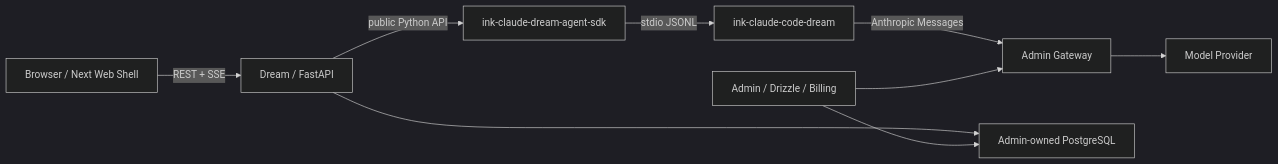
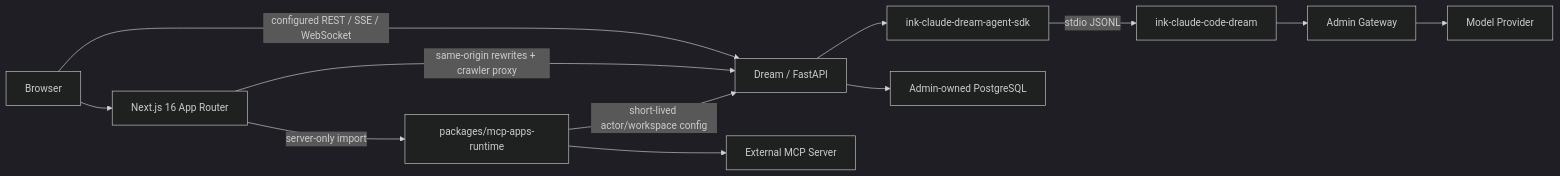
Before and after one commit to glide-the/im-dream: the diagram in README.md, drawn with Mermaid (dark theme). The commit also changed other lines of this file and 106 other files, not shown here.

Commit message:
docs: align Dream architecture with Next workspace

````diff
--- a/README.md
+++ b/README.md
@@ -58,11 +48,14 @@
 ```mermaid
 flowchart LR
-    Browser["Browser / Next Web Shell"] -->|"REST + SSE"| Dream["Dream / FastAPI"]
-    Dream -->|"public Python API"| SDK["ink-claude-dream-agent-sdk"]
+    Browser["Browser"] --> Next["Next.js 16 App Router"]
+    Browser -->|"configured REST / SSE / WebSocket"| Dream["Dream / FastAPI"]
+    Next -->|"same-origin rewrites + crawler proxy"| Dream
+    Next -->|"server-only import"| Apps["packages/mcp-apps-runtime"]
+    Apps -->|"short-lived actor/workspace config"| Dream
+    Apps --> MCP["External MCP Server"]
+    Dream --> SDK["ink-claude-dream-agent-sdk"]
     SDK -->|"stdio JSONL"| Runtime["ink-claude-code-dream"]
-    Runtime -->|"Anthropic Messages"| Gateway["Admin Gateway"]
+    Runtime --> Gateway["Admin Gateway"]
     Gateway --> Provider["Model Provider"]
     Dream --> PostgreSQL["Admin-owned PostgreSQL"]
-    Admin["Admin / Drizzle / Billing"] --> PostgreSQL
-    Admin --> Gateway
 ```
````
